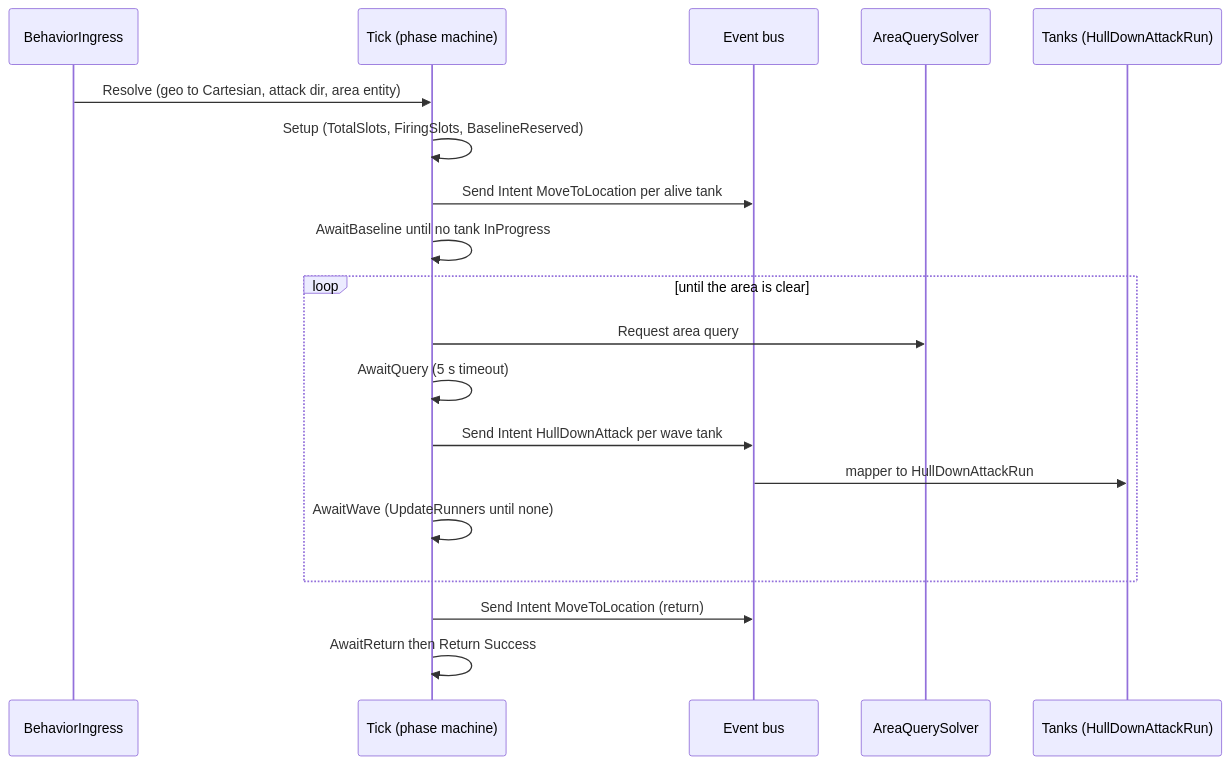
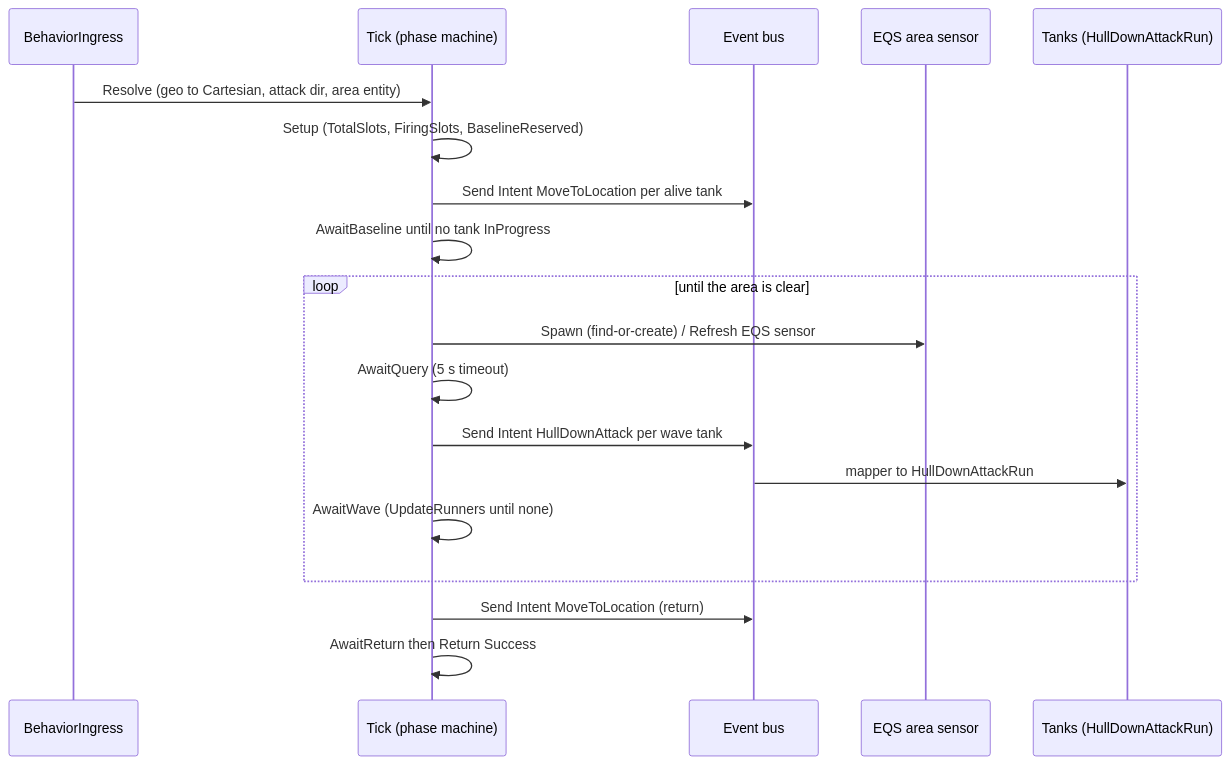
One commit to pjanec/HROT changed the second of 3 diagrams in docs/blueprints/DESIGN_Hill_Attack_Blueprint_Behaviour.md. Above: the diagram before and after it, drawn with Mermaid. The commit also changed other lines of this file and 26 other files, not shown here.

````diff
--- a/docs/blueprints/DESIGN_Hill_Attack_Blueprint_Behaviour.md
+++ b/docs/blueprints/DESIGN_Hill_Attack_Blueprint_Behaviour.md
@@ -109,21 +111,21 @@
 ```mermaid
 sequenceDiagram
   participant Ing as BehaviorIngress
   participant T as Tick (phase machine)
   participant Bus as Event bus
-  participant EQS as AreaQuerySolver
+  participant EQS as EQS area sensor
   participant Tank as Tanks (HullDownAttackRun)
   Ing->>T: Resolve (geo to Cartesian, attack dir, area entity)
   T->>T: Setup (TotalSlots, FiringSlots, BaselineReserved)
   T->>Bus: Send Intent MoveToLocation per alive tank
   T->>T: AwaitBaseline until no tank InProgress
   loop until the area is clear
-    T->>EQS: Request area query
+    T->>EQS: Spawn (find-or-create) / Refresh EQS sensor
     T->>T: AwaitQuery (5 s timeout)
     T->>Bus: Send Intent HullDownAttack per wave tank
     Bus->>Tank: mapper to HullDownAttackRun
     T->>T: AwaitWave (UpdateRunners until none)
   end
   T->>Bus: Send Intent MoveToLocation (return)
   T->>T: AwaitReturn then Return Success
 ```
````
